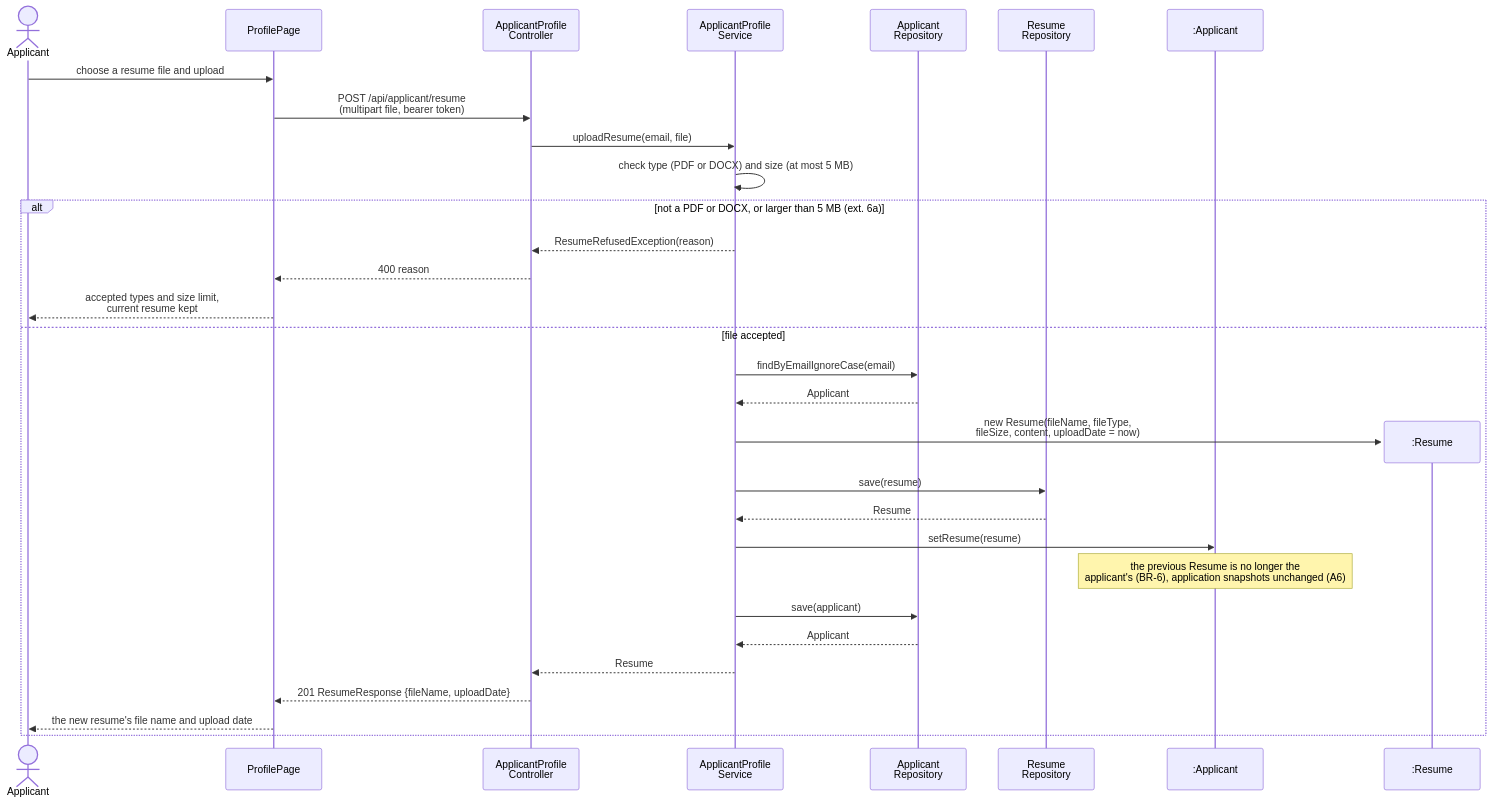
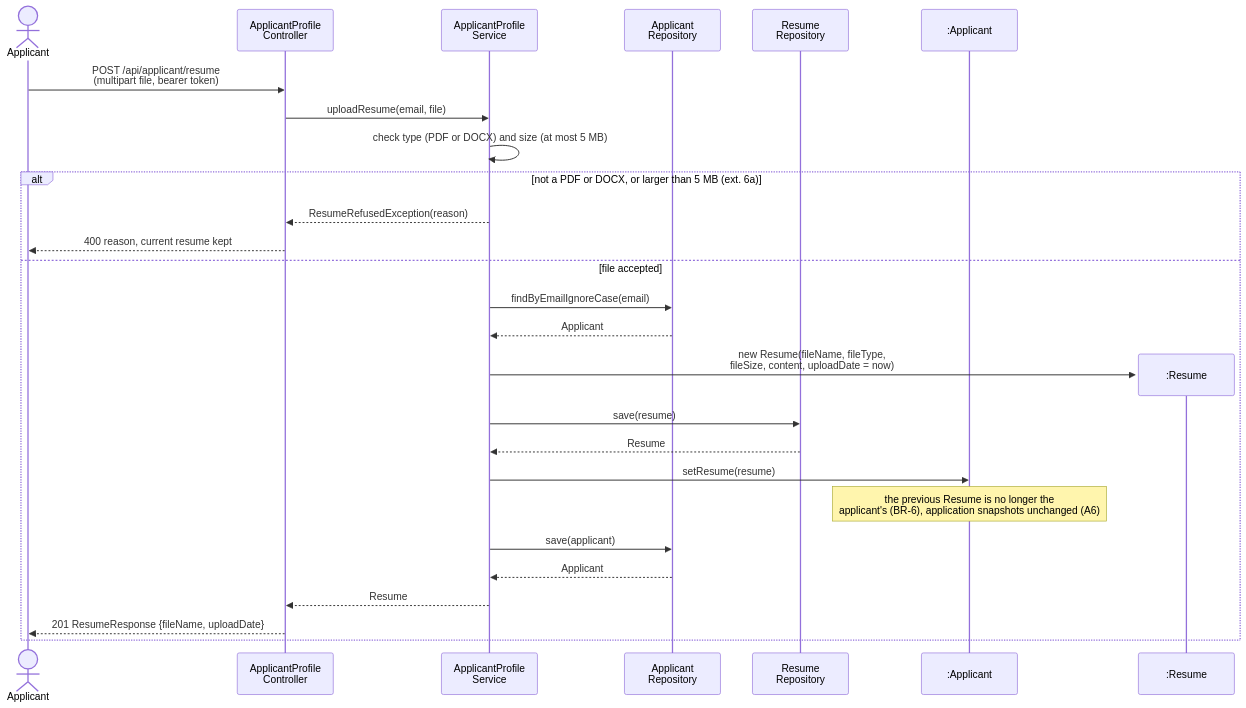
The fourth of 4 diagrams in spec/design.md (berdyshevol/careerbridge-csi5324), drawn with Mermaid before and after one commit. The commit also changed other lines of this file and 4 other files, not shown here.

````diff
--- a/spec/design.md
+++ b/spec/design.md
@@ -205,34 +169,30 @@
 ```mermaid
 sequenceDiagram
     actor AP as Applicant
-    participant PP as ProfilePage
     participant PC as ApplicantProfile<br/>Controller
     participant PS as ApplicantProfile<br/>Service
     participant AR as Applicant<br/>Repository
     participant RR as Resume<br/>Repository
     participant A as :Applicant
 
-    AP->>PP: choose a resume file and upload
-    PP->>PC: POST /api/applicant/resume<br/>(multipart file, bearer token)
+    AP->>PC: POST /api/applicant/resume<br/>(multipart file, bearer token)
     PC->>PS: uploadResume(email, file)
     PS->>PS: check type (PDF or DOCX) and size (at most 5 MB)
     alt not a PDF or DOCX, or larger than 5 MB (ext. 6a)
         PS-->>PC: ResumeRefusedException(reason)
-        PC-->>PP: 400 reason
-        PP-->>AP: accepted types and size limit,<br/>current resume kept
+        PC-->>AP: 400 reason, current resume kept
     else file accepted
         PS->>AR: findByEmailIgnoreCase(email)
         AR-->>PS: Applicant
         create participant R as :Resume
         PS->>R: new Resume(fileName, fileType,<br/>fileSize, content, uploadDate = now)
         PS->>RR: save(resume)
         RR-->>PS: Resume
         PS->>A: setResume(resume)
         Note over A: the previous Resume is no longer the<br/>applicant's (BR-6), application snapshots unchanged (A6)
         PS->>AR: save(applicant)
         AR-->>PS: Applicant
         PS-->>PC: Resume
-        PC-->>PP: 201 ResumeResponse {fileName, uploadDate}
-        PP-->>AP: the new resume's file name and upload date
+        PC-->>AP: 201 ResumeResponse {fileName, uploadDate}
     end
 ```
````
